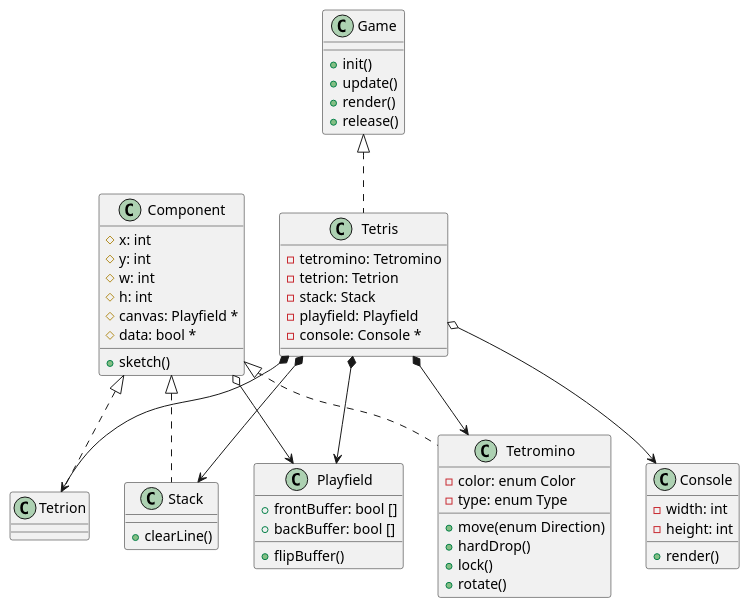
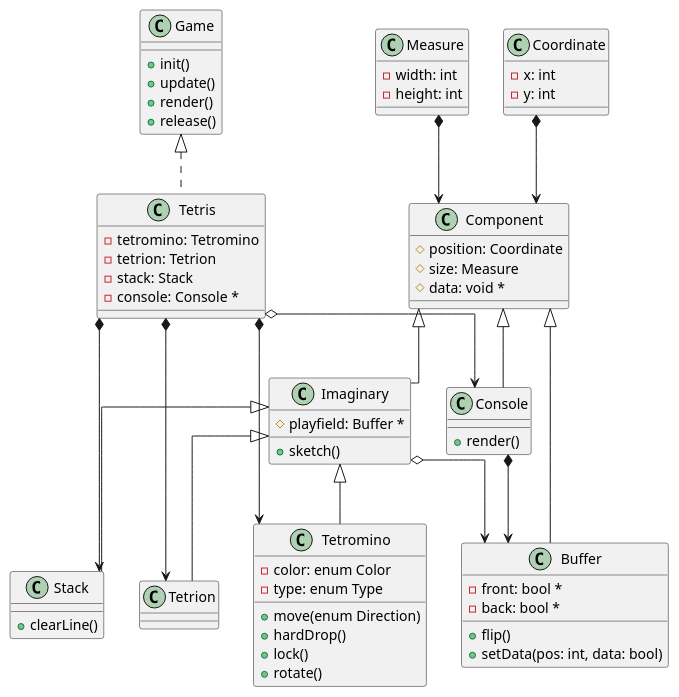
One commit to Manicarus/Tetris changed the diagram in tetris.pu. Above: the diagram before and after it, drawn with PlantUML. The commit also changed 19 other files, not shown here.

```diff
--- a/tetris.pu
+++ b/tetris.pu
@@ -1,74 +1,95 @@
 @startuml
+
+skinparam linetype ortho
+/'left to right direction'/
+/'top to bottom direction'/
+/'skinparam linetype polyline'/
 
 Game <|.. Tetris
 
 Tetris *--> Tetromino
 Tetris *--> Tetrion
 Tetris *--> Stack
-Tetris *--> Playfield
 Tetris o--> Console
 
-Component <|.. Tetromino
-Component <|.. Tetrion
-Component <|.. Stack
-Component o--> Playfield
+Imaginary <|-- Tetromino
+Imaginary <|-- Tetrion
+Imaginary <|-- Stack
+
+Console *--> Buffer
+
+Component <|-- Imaginary
+Imaginary o--> Buffer
+
+Coordinate *--> Component
+Measure *--> Component
+
+Component <|-- Console
+Component <|-- Buffer
 
 class Game {
     + init()
     + update()
     + render()
     + release()
 }
 
 class Console {
-    - width: int
-    - height: int
-
     + render()
 }
 
 class Component {
-    # x: int
-    # y: int
-    # w: int
-    # h: int
-    # canvas: Playfield *
-    # data: bool *
+    # position: Coordinate
+    # size: Measure
+    # data: void *
+}
 
+class Coordinate {
+    - x: int
+    - y: int
+}
+
+class Measure {
+    - width: int
+    - height: int
+}
+
+class Imaginary {
+    # playfield: Buffer *
     + sketch()
 }
 
 class Tetris {
     - tetromino: Tetromino
     - tetrion: Tetrion
     - stack: Stack
-    - playfield: Playfield
     - console: Console *
 }
 
 class Tetromino {
     - color: enum Color
     - type: enum Type
 
     + move(enum Direction)
     + hardDrop()
     + lock()
     + rotate()
 }
 
 class Tetrion {
 
 }
 
 class Stack {
     + clearLine()
 }
 
-class Playfield {
-    + frontBuffer: bool []
-    + backBuffer: bool []
+class Buffer {
+    - front: bool *
+    - back: bool *
 
-    + flipBuffer()
+    + flip()
+    + setData(pos: int, data: bool)
 }
 
 @enduml
```
